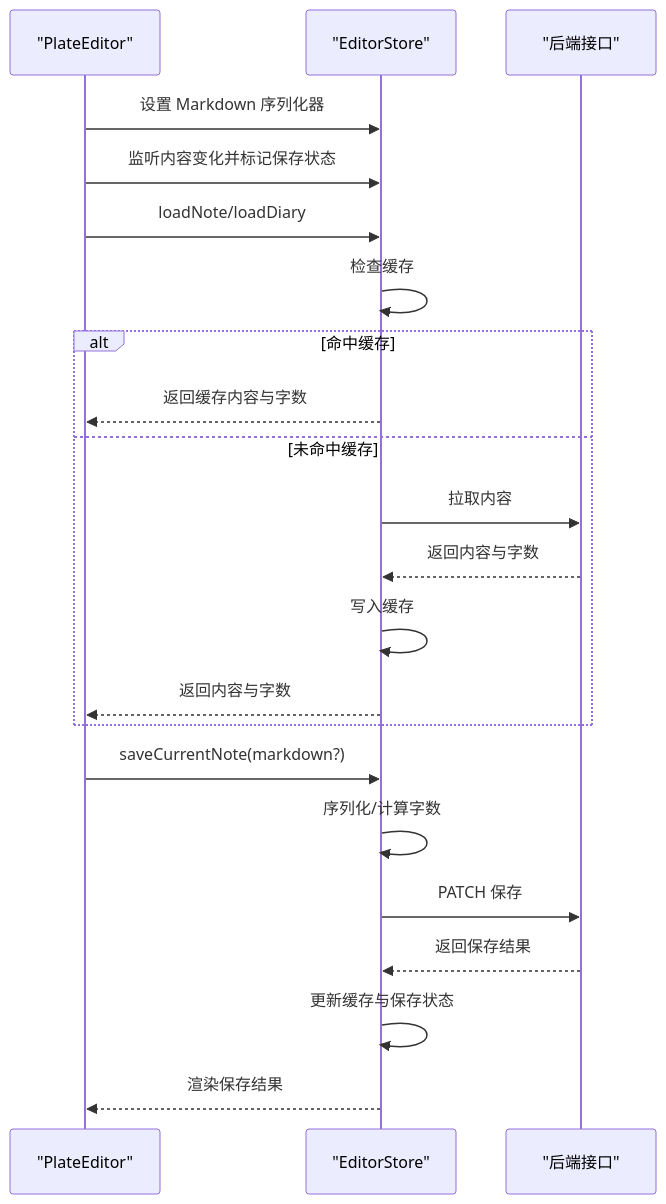
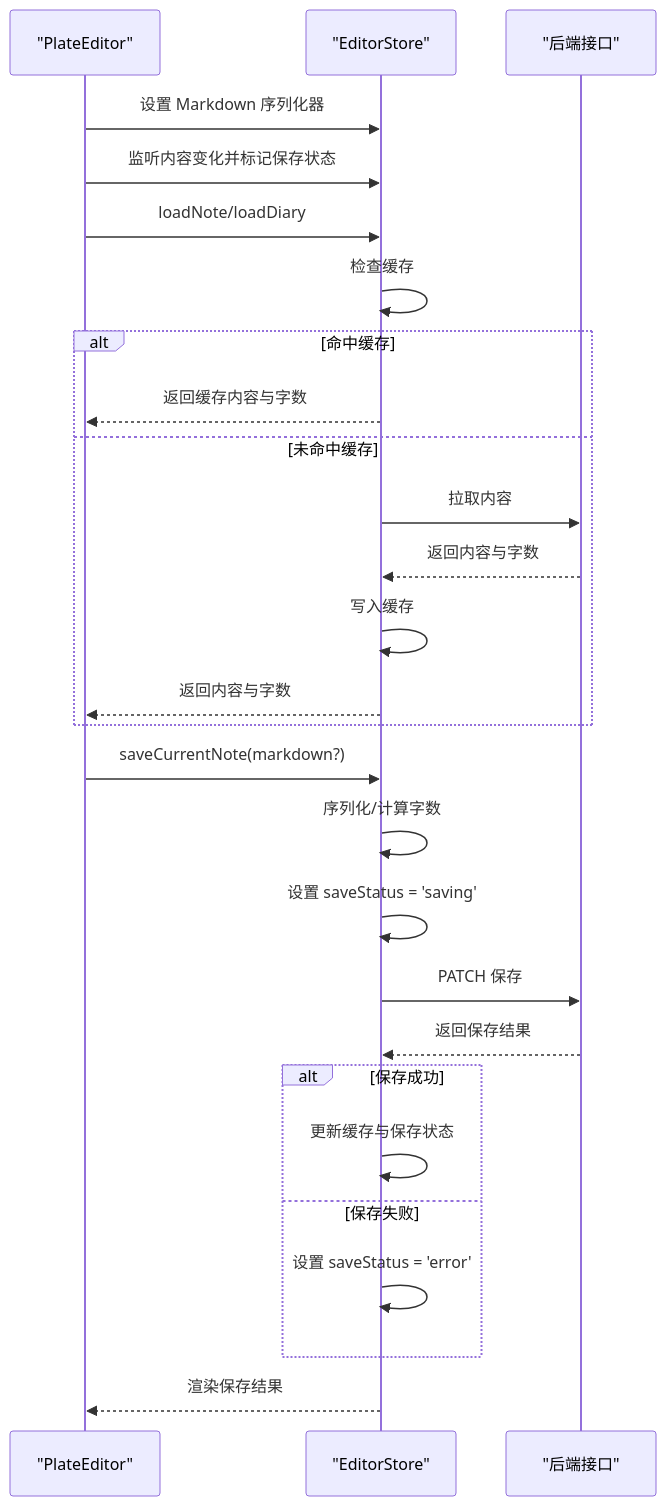
The fourth of 8 diagrams in .qoder/repowiki/zh/content/核心架构/状态管理架构.md (BlackBoxRecorder/uninote), drawn with Mermaid before and after one commit. The commit also changed other lines of this file and 36 other files, not shown here.

````diff
--- a/.qoder/repowiki/zh/content/核心架构/状态管理架构.md
+++ b/.qoder/repowiki/zh/content/核心架构/状态管理架构.md
@@ -186,24 +208,29 @@
 ```mermaid
 sequenceDiagram
 participant UI as "PlateEditor"
 participant EDIT as "EditorStore"
 participant API as "后端接口"
 UI->>EDIT : 设置 Markdown 序列化器
 UI->>EDIT : 监听内容变化并标记保存状态
 UI->>EDIT : loadNote/loadDiary
 EDIT->>EDIT : 检查缓存
 alt 命中缓存
 EDIT-->>UI : 返回缓存内容与字数
 else 未命中缓存
 EDIT->>API : 拉取内容
 API-->>EDIT : 返回内容与字数
 EDIT->>EDIT : 写入缓存
 EDIT-->>UI : 返回内容与字数
 end
 UI->>EDIT : saveCurrentNote(markdown?)
 EDIT->>EDIT : 序列化/计算字数
+EDIT->>EDIT : 设置 saveStatus = 'saving'
 EDIT->>API : PATCH 保存
 API-->>EDIT : 返回保存结果
+alt 保存成功
 EDIT->>EDIT : 更新缓存与保存状态
+else 保存失败
+EDIT->>EDIT : 设置 saveStatus = 'error'
+end
 EDIT-->>UI : 渲染保存结果
 ```
````
